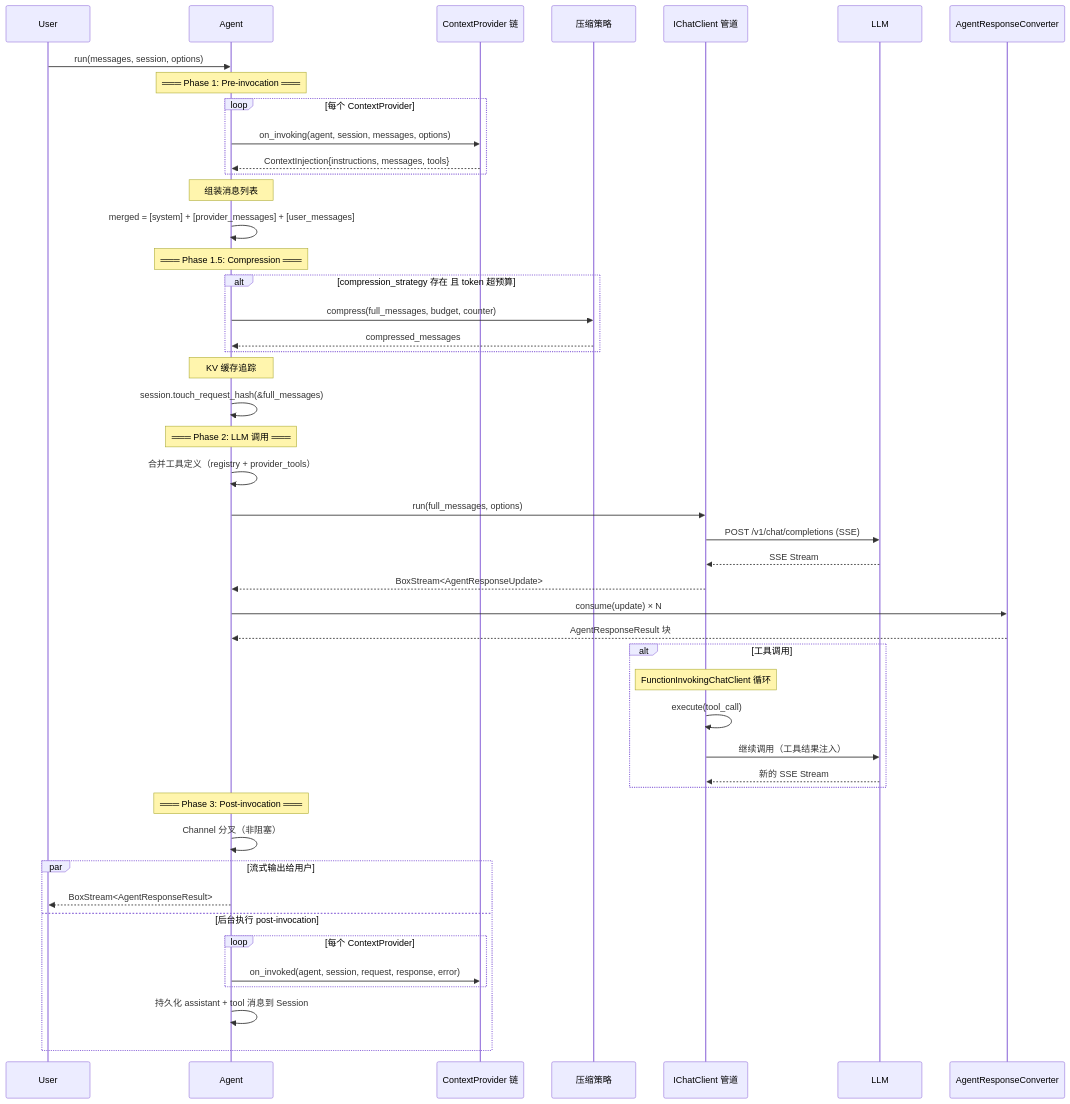
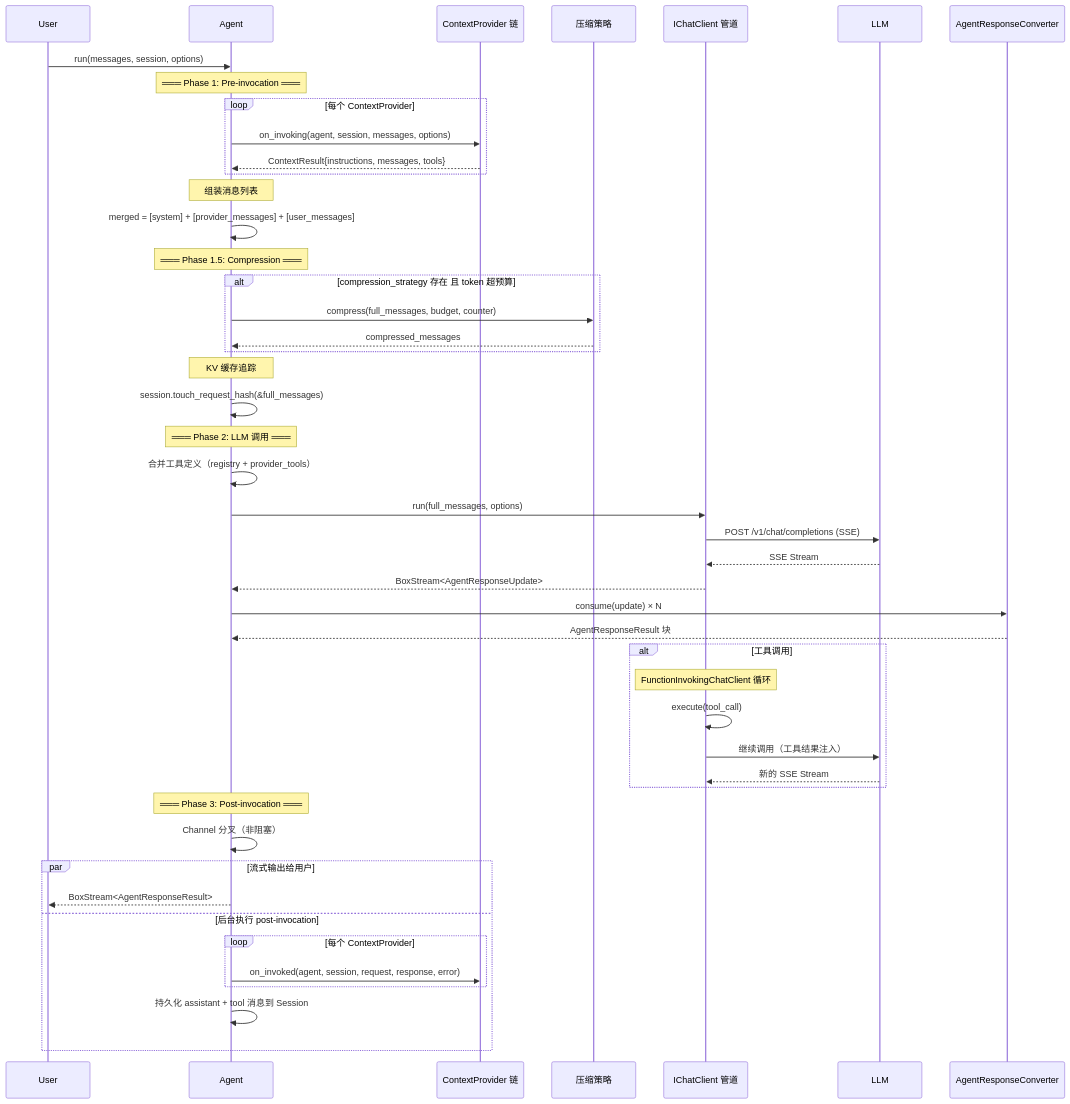
Before and after one commit to Rust-Framework/rust-agent-framework: the diagram in docs/03-agent-engine/run-lifecycle.md, drawn with Mermaid. The commit also changed other lines of this file and 59 other files, not shown here.

````diff
--- a/docs/03-agent-engine/run-lifecycle.md
+++ b/docs/03-agent-engine/run-lifecycle.md
@@ -7,57 +7,57 @@
 ```mermaid
 sequenceDiagram
     participant User
     participant Agent
     participant CP as ContextProvider 链
     participant Compress as 压缩策略
     participant Client as IChatClient 管道
     participant LLM
     participant Converter as AgentResponseConverter
 
     User->>Agent: run(messages, session, options)
 
     Note over Agent: ═══ Phase 1: Pre-invocation ═══
     loop 每个 ContextProvider
         Agent->>CP: on_invoking(agent, session, messages, options)
-        CP-->>Agent: ContextInjection{instructions, messages, tools}
+        CP-->>Agent: ContextResult{instructions, messages, tools}
     end
 
     Note over Agent: 组装消息列表
     Agent->>Agent: merged = [system] + [provider_messages] + [user_messages]
 
     Note over Agent: ═══ Phase 1.5: Compression ═══
     alt compression_strategy 存在 且 token 超预算
         Agent->>Compress: compress(full_messages, budget, counter)
         Compress-->>Agent: compressed_messages
     end
 
     Note over Agent: KV 缓存追踪
     Agent->>Agent: session.touch_request_hash(&full_messages)
 
     Note over Agent: ═══ Phase 2: LLM 调用 ═══
     Agent->>Agent: 合并工具定义（registry + provider_tools）
     Agent->>Client: run(full_messages, options)
     Client->>LLM: POST /v1/chat/completions (SSE)
     LLM-->>Client: SSE Stream
     Client-->>Agent: BoxStream<AgentResponseUpdate>
     Agent->>Converter: consume(update) × N
     Converter-->>Agent: AgentResponseResult 块
 
     alt 工具调用
         Note over Client: FunctionInvokingChatClient 循环
         Client->>Client: execute(tool_call)
         Client->>LLM: 继续调用（工具结果注入）
         LLM-->>Client: 新的 SSE Stream
     end
 
     Note over Agent: ═══ Phase 3: Post-invocation ═══
     Agent->>Agent: Channel 分叉（非阻塞）
     par 流式输出给用户
         Agent-->>User: BoxStream<AgentResponseResult>
     and 后台执行 post-invocation
         loop 每个 ContextProvider
             Agent->>CP: on_invoked(agent, session, request, response, error)
         end
         Agent->>Agent: 持久化 assistant + tool 消息到 Session
     end
 ```
````
